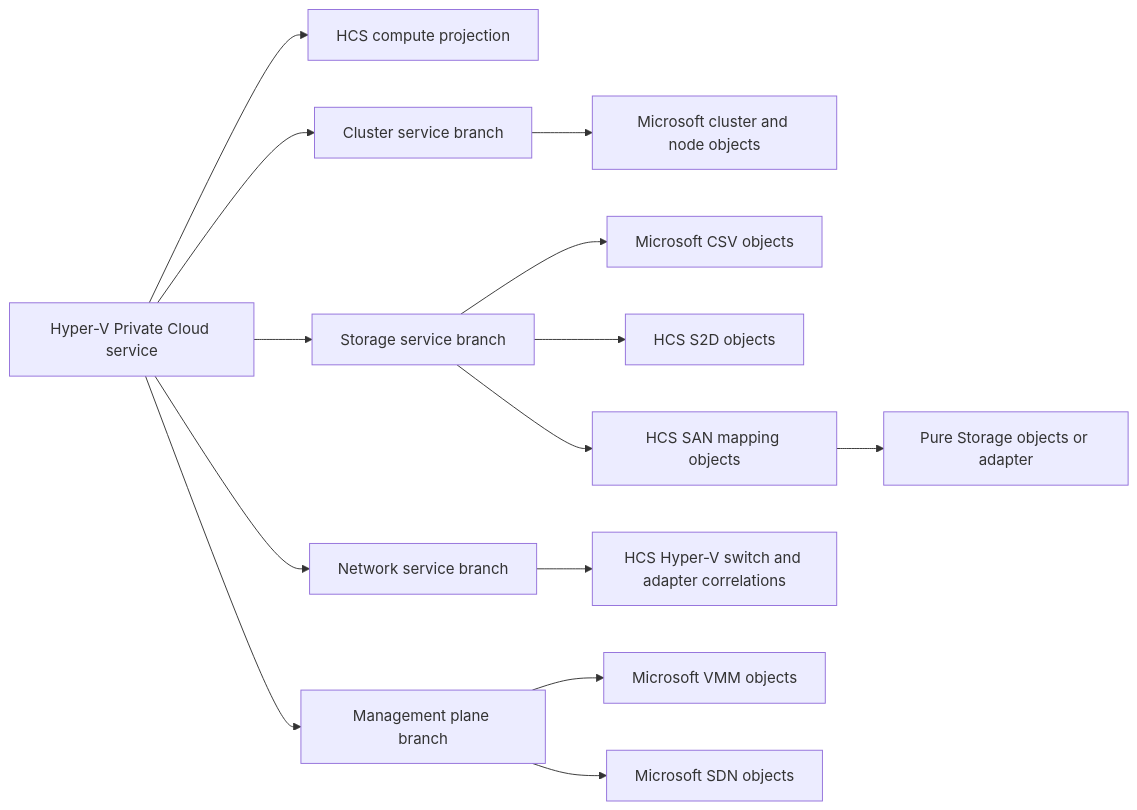
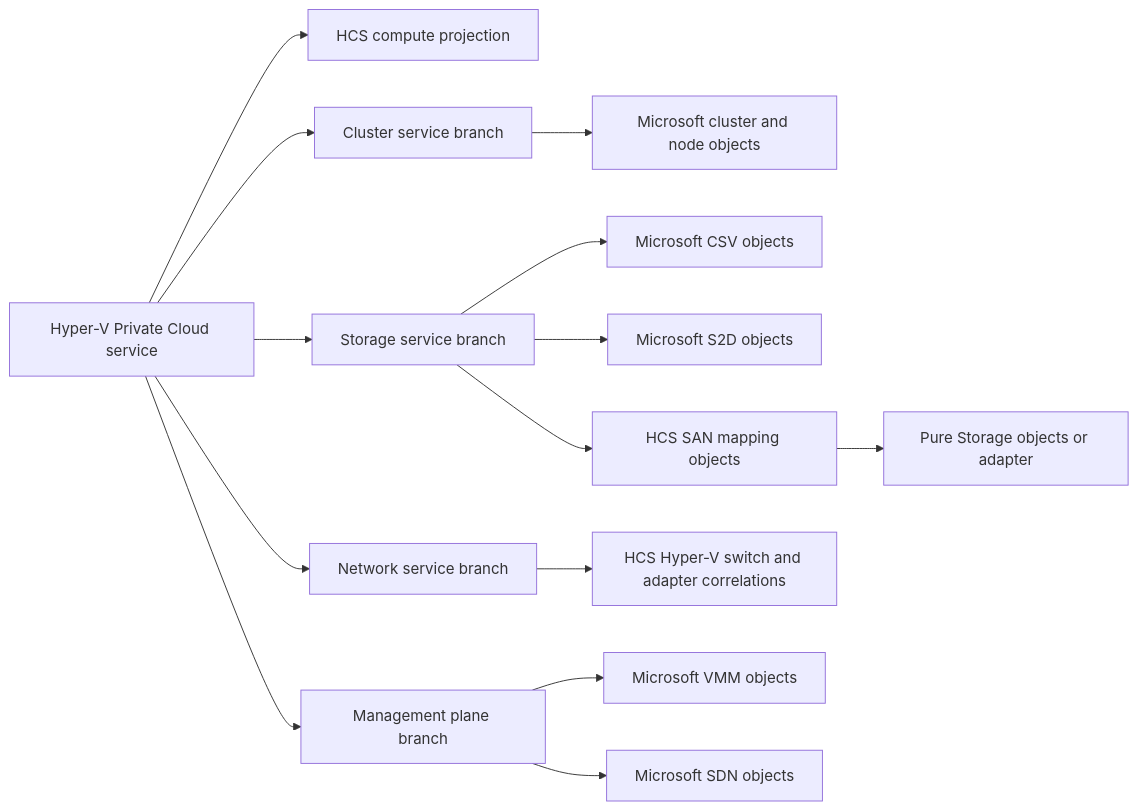
The diagram in docs/design/hyper-v/v2-dependency-and-ownership-contract.md (Hybrid-Solutions-Cloud/hybrid-health-monitoring), drawn with Mermaid before and after one commit. The commit also changed other lines of this file and 8 other files, not shown here.

````diff
--- a/docs/design/hyper-v/v2-dependency-and-ownership-contract.md
+++ b/docs/design/hyper-v/v2-dependency-and-ownership-contract.md
@@ -79,17 +87,17 @@
 ```mermaid
 flowchart LR
     ROOT[Hyper-V Private Cloud service] --> COMPUTE[HCS compute projection]
     ROOT --> CLUSTER[Cluster service branch]
     ROOT --> STORAGE[Storage service branch]
     ROOT --> NETWORK[Network service branch]
     ROOT --> MGMT[Management plane branch]
 
     CLUSTER --> MSCLUSTER[Microsoft cluster and node objects]
     STORAGE --> MSCSV[Microsoft CSV objects]
-    STORAGE --> S2D[HCS S2D objects]
+    STORAGE --> S2D[Microsoft S2D objects]
     STORAGE --> SAN[HCS SAN mapping objects]
     SAN --> PURE[Pure Storage objects or adapter]
     NETWORK --> SWITCH[HCS Hyper-V switch and adapter correlations]
     MGMT --> VMM[Microsoft VMM objects]
     MGMT --> SDN[Microsoft SDN objects]
 ```
````
